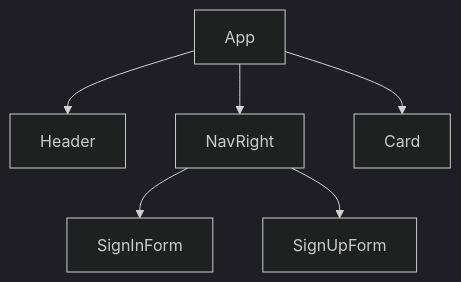
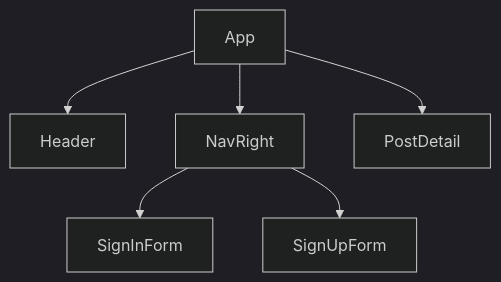
The third of 4 diagrams in todo.md (DuyetVu2001/my-web-app), drawn with Mermaid (dark theme) before and after one commit. The commit also changed other lines of this file and 5 other files, not shown here.

````diff
--- a/todo.md
+++ b/todo.md
@@ -23,9 +25,9 @@
 ```mermaid
 graph TD;
     App --> Header
     App --> NavRight
-    App --> Card
+    App --> PostDetail
 
     NavRight --> SignInForm
     NavRight --> SignUpForm
 ```
````
